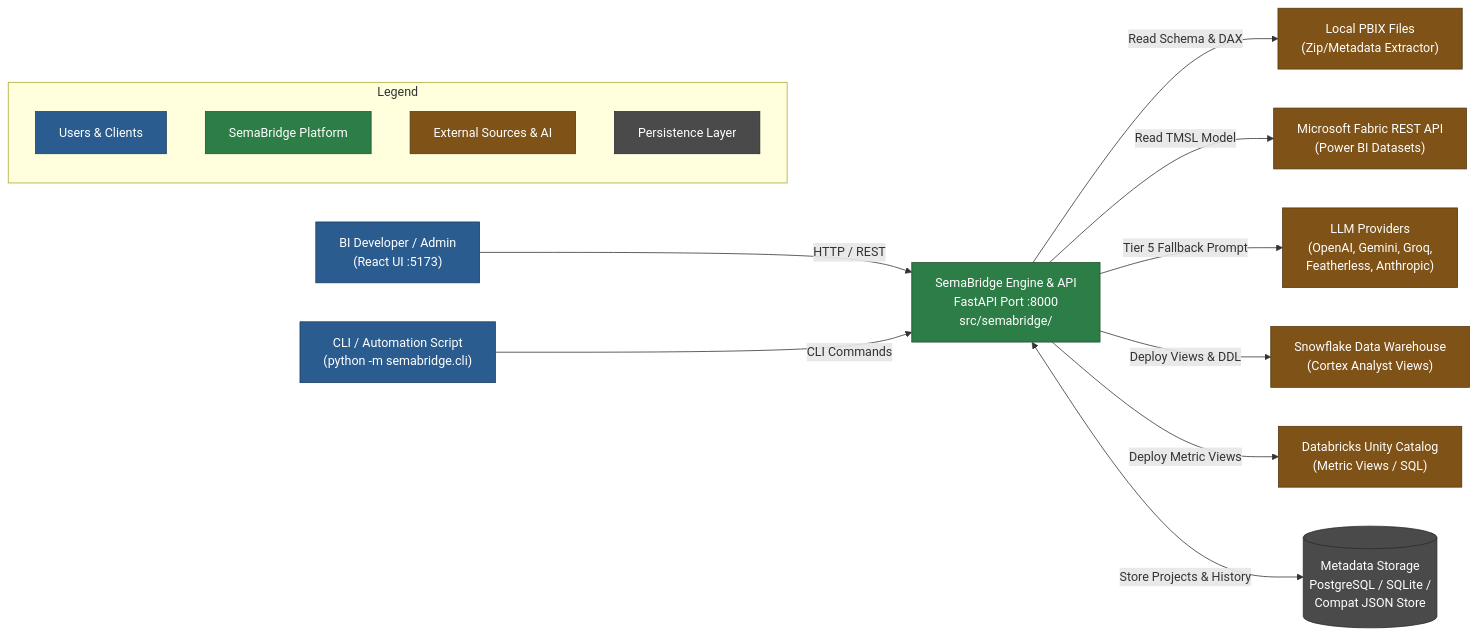
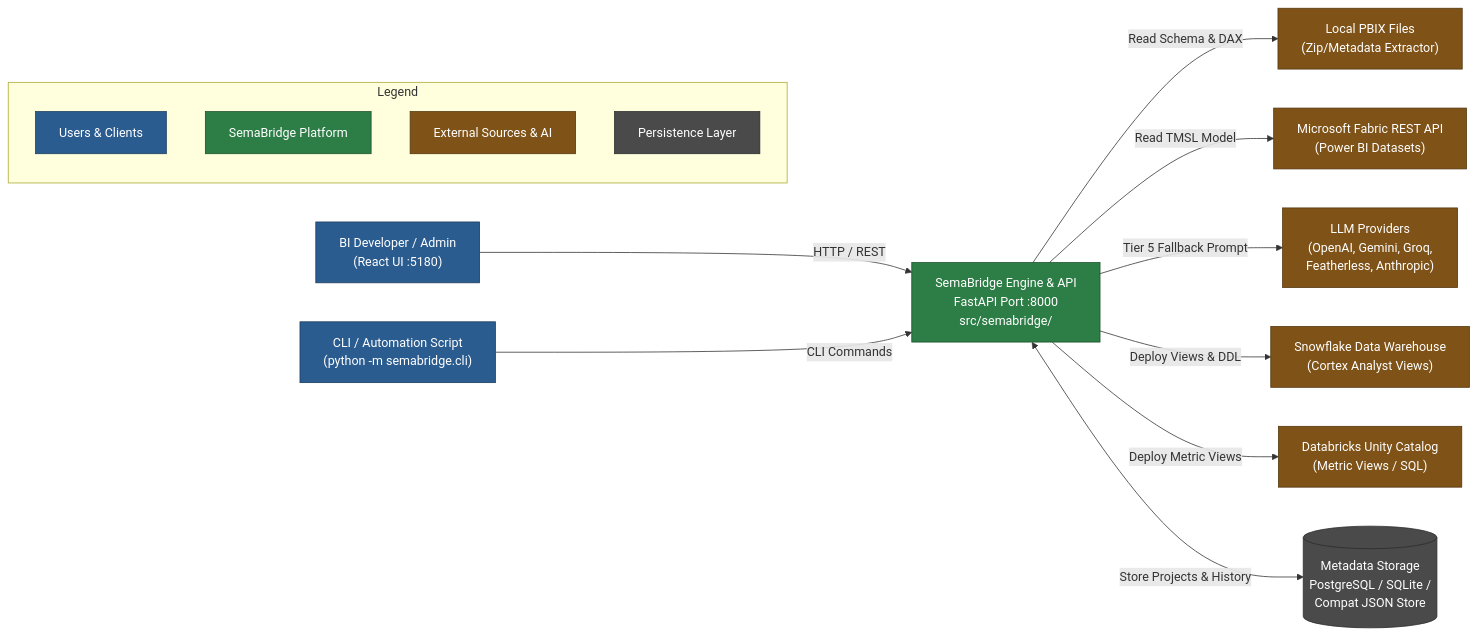
The third of 15 diagrams in Docs/ARCHITECTURE.md (USEReady/semabridge), drawn with Mermaid before and after one commit. The commit also changed other lines of this file and 56 other files, not shown here.

````diff
--- a/Docs/ARCHITECTURE.md
+++ b/Docs/ARCHITECTURE.md
@@ -134,37 +134,37 @@
 ```mermaid
 flowchart LR
     classDef user fill:#2b5c8f,stroke:#1d3d5e,color:#fff;
     classDef system fill:#2d7d46,stroke:#1e522e,color:#fff;
     classDef external fill:#7f5217,stroke:#54370f,color:#fff;
     classDef db fill:#4a4a4a,stroke:#2b2b2b,color:#fff;
 
-    U1["BI Developer / Admin<br/>(React UI :5173)"]:::user
+    U1["BI Developer / Admin<br/>(React UI :5180)"]:::user
     U2["CLI / Automation Script<br/>(python -m semabridge.cli)"]:::user
 
     SB["SemaBridge Engine & API<br/>FastAPI Port :8000<br/>src/semabridge/"]:::system
 
     PBIX["Local PBIX Files<br/>(Zip/Metadata Extractor)"]:::external
     FAB["Microsoft Fabric REST API<br/>(Power BI Datasets)"]:::external
     LLM["LLM Providers<br/>(OpenAI, Gemini, Groq,<br/>Featherless, Anthropic)"]:::external
     SNOW["Snowflake Data Warehouse<br/>(Cortex Analyst Views)"]:::external
     DBR["Databricks Unity Catalog<br/>(Metric Views / SQL)"]:::external
 
     META[("Metadata Storage<br/>PostgreSQL / SQLite /<br/>Compat JSON Store")]:::db
 
     U1 -->|HTTP / REST| SB
     U2 -->|CLI Commands| SB
 
     SB -->|Read Schema & DAX| PBIX
     SB -->|Read TMSL Model| FAB
     SB -->|Tier 5 Fallback Prompt| LLM
     SB -->|Deploy Views & DDL| SNOW
     SB -->|Deploy Metric Views| DBR
     SB <-->|Store Projects & History| META
 
     subgraph Legend
         L1[Users & Clients]:::user
         L2[SemaBridge Platform]:::system
         L3[External Sources & AI]:::external
         L4[Persistence Layer]:::db
     end
 ```
````
